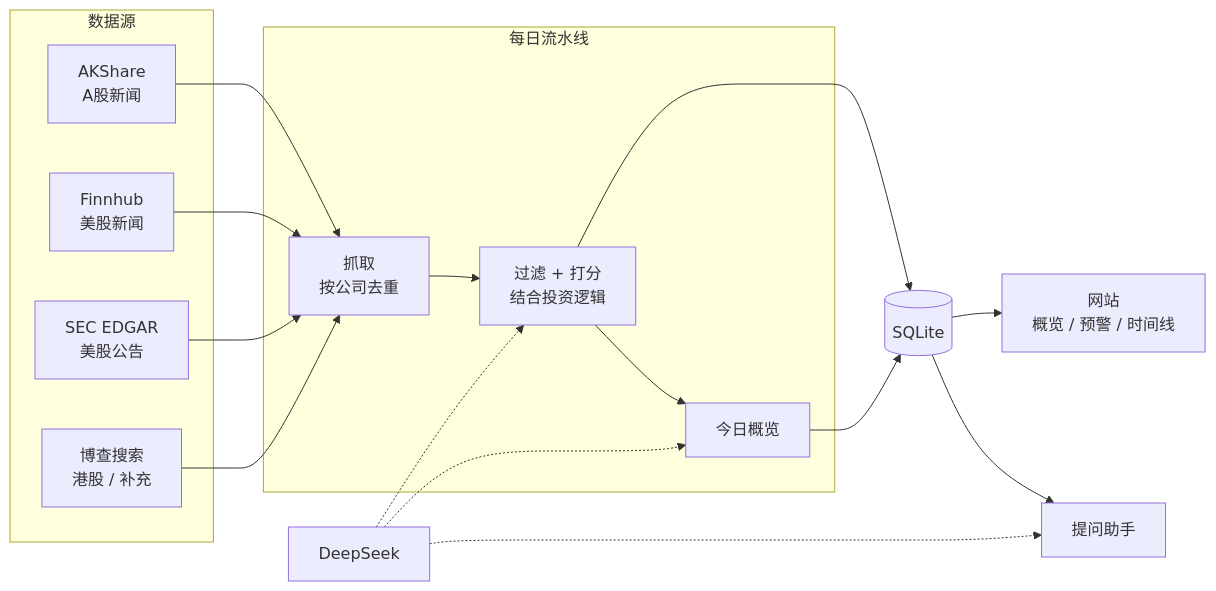
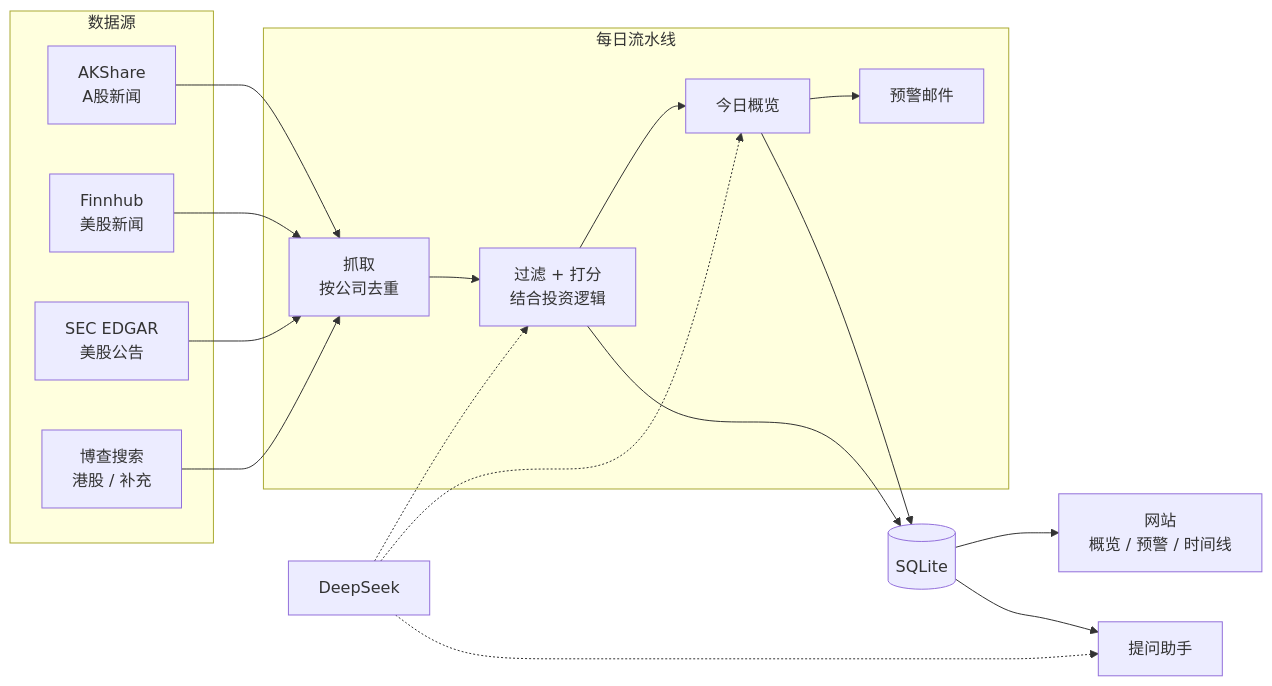
One commit to currycham/investwise changed the diagram in README.md. Above: the diagram before and after it, drawn with Mermaid. The commit also changed other lines of this file and 9 other files, not shown here.

````diff
--- a/README.md
+++ b/README.md
@@ -59,19 +60,20 @@
 ```mermaid
 flowchart LR
     subgraph 数据源
         AK[AKShare<br/>A股新闻]
         FH[Finnhub<br/>美股新闻]
         SEC[SEC EDGAR<br/>美股公告]
         BC[博查搜索<br/>港股 / 补充]
     end
     subgraph 每日流水线
         F[抓取<br/>按公司去重] --> A[过滤 + 打分<br/>结合投资逻辑]
         A --> D[今日概览]
+        D --> M[预警邮件]
     end
     AK & FH & SEC & BC --> F
     A --> DB[(SQLite)]
     D --> DB
     DB --> W[网站<br/>概览 / 预警 / 时间线]
     DB --> Q[提问助手]
     LLM[DeepSeek] -.-> A & D & Q
 ```
````
